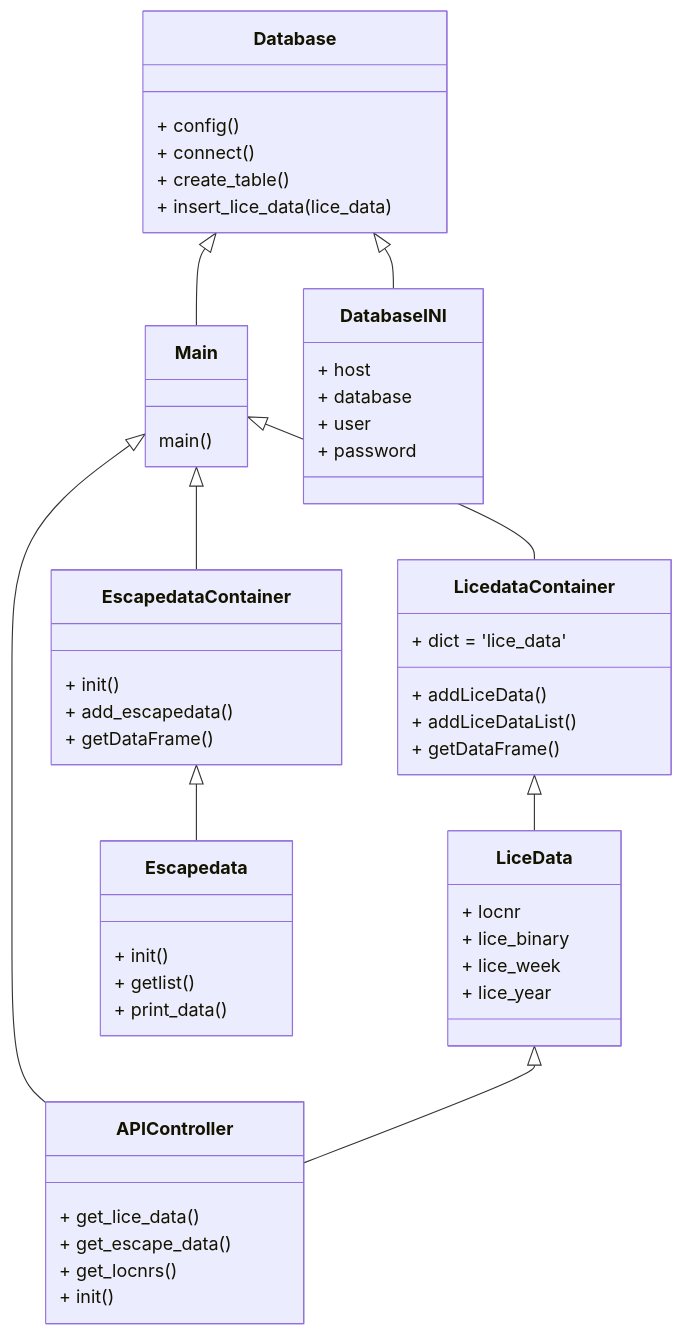
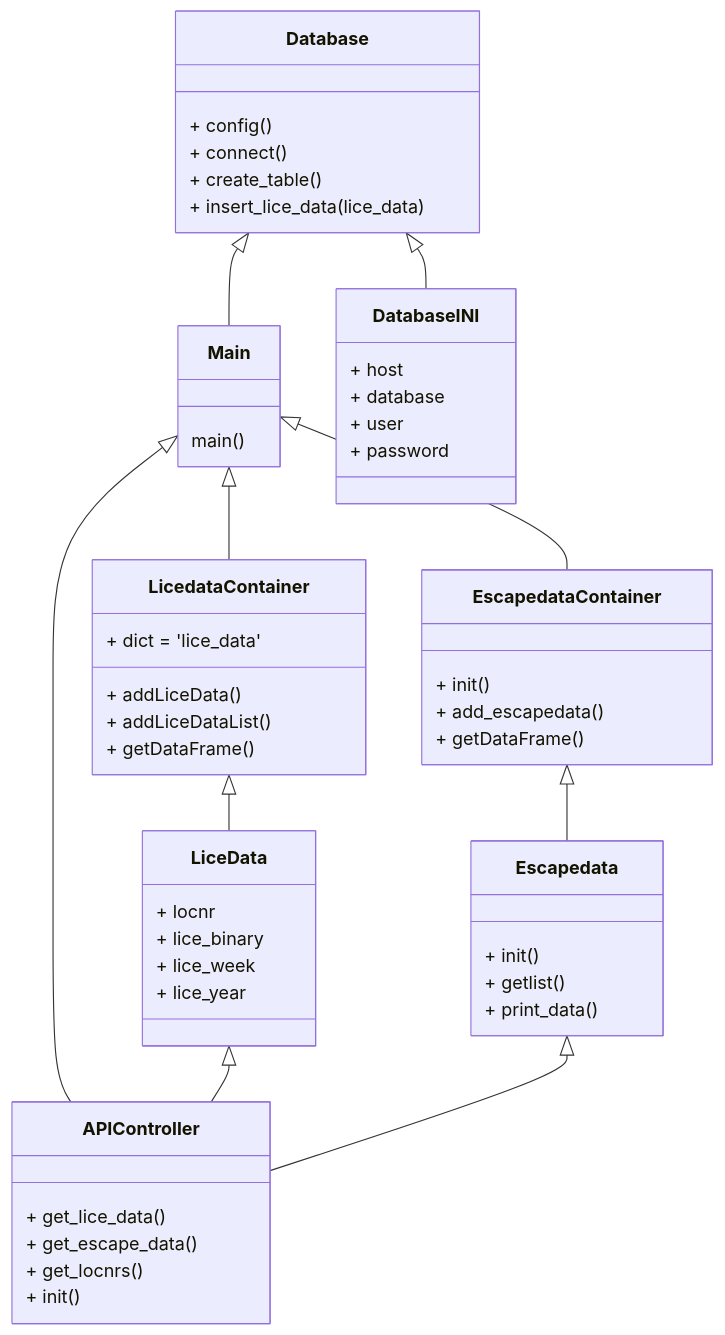
The diagram in Documentation/class_diagram.md (brreg/sommercamp2022), drawn with Mermaid before and after one commit.

Commit message:
Small fix in class diagram
Added connection between APIController and Escapedata

````diff
--- a/Documentation/class_diagram.md
+++ b/Documentation/class_diagram.md
@@ -1,67 +1,72 @@
 ```mermaid
 classDiagram
 
     Main <|-- APIController
     Database <|-- Main
 	Database <|-- DatabaseINI
 	LiceData <|-- APIController
+	Escapedata <|-- APIController
 	Main <|-- LicedataContainer
 	LicedataContainer <|-- LiceData
 	EscapedataContainer <|-- Escapedata
 	Main <|-- EscapedataContainer
-    class Main {
+    
+	
+	class Main {
           main()
     }
 
     class APIController {
       + get_lice_data()
 	  + get_escape_data()
 	  + get_locnrs()
 	  + init()
     }
 
     class Database {
       + config()
 	  + connect()
 	  + create_table()
 	  + insert_lice_data(lice_data)
     }
 	    
 	class DatabaseINI {
       + host
 	  + database
 	  + user
 	  + password
       
     }
 
 	class LicedataContainer {
       + dict = 'lice_data'
 	  + addLiceData()
 	  + addLiceDataList()
 	  + getDataFrame()
 	  
     }
 
 	class LiceData {
       + locnr
 	  + lice_binary
 	  + lice_week
 	  + lice_year
     }
 	
 	class Escapedata {
       + init()
 	  + getlist()
 	  + print_data()
 	  
     }
 	
 	class EscapedataContainer {
       + init()
 	  + add_escapedata()
 	  + getDataFrame()
 	  
     }
 	
+
+	
 ```
````
